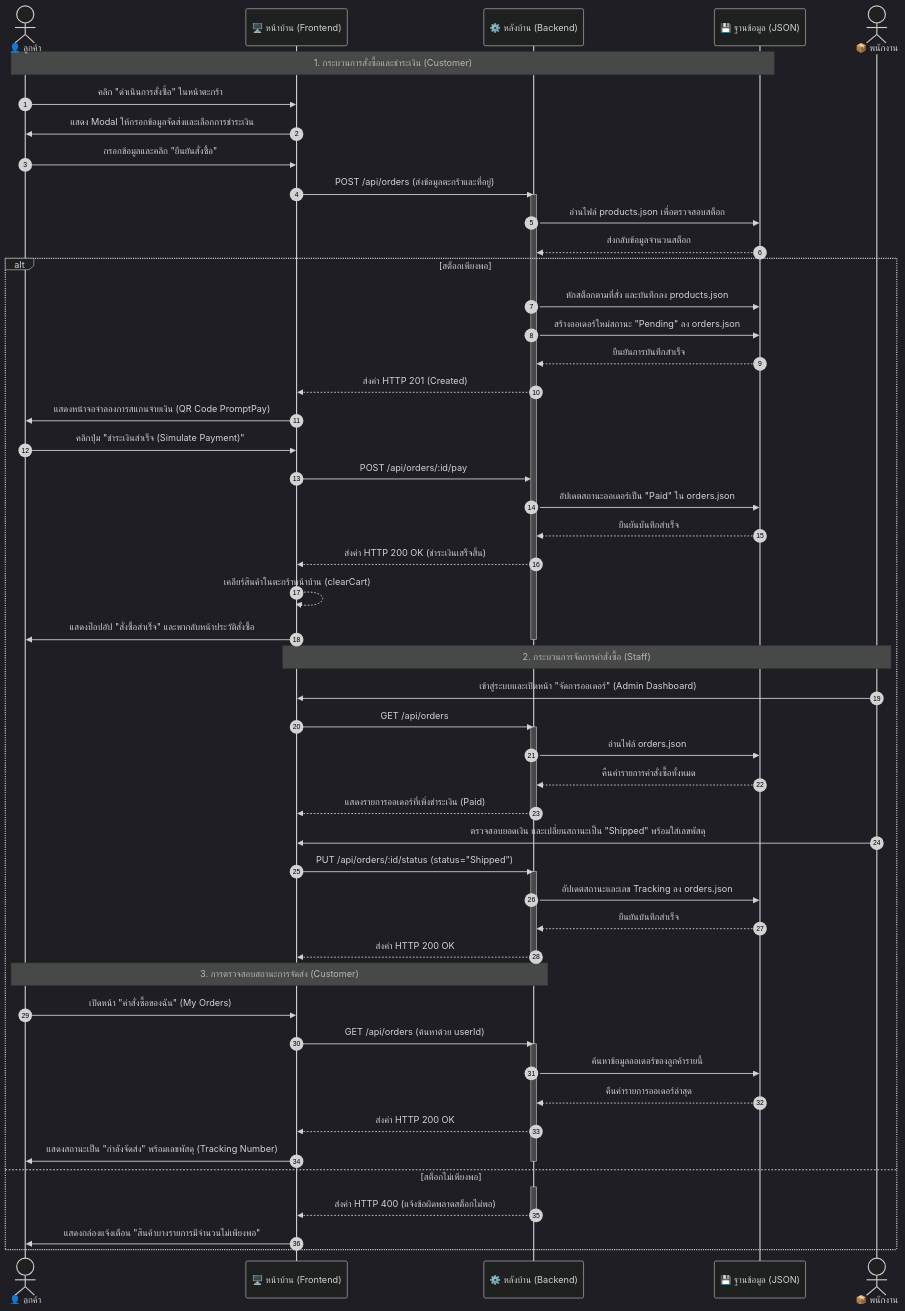
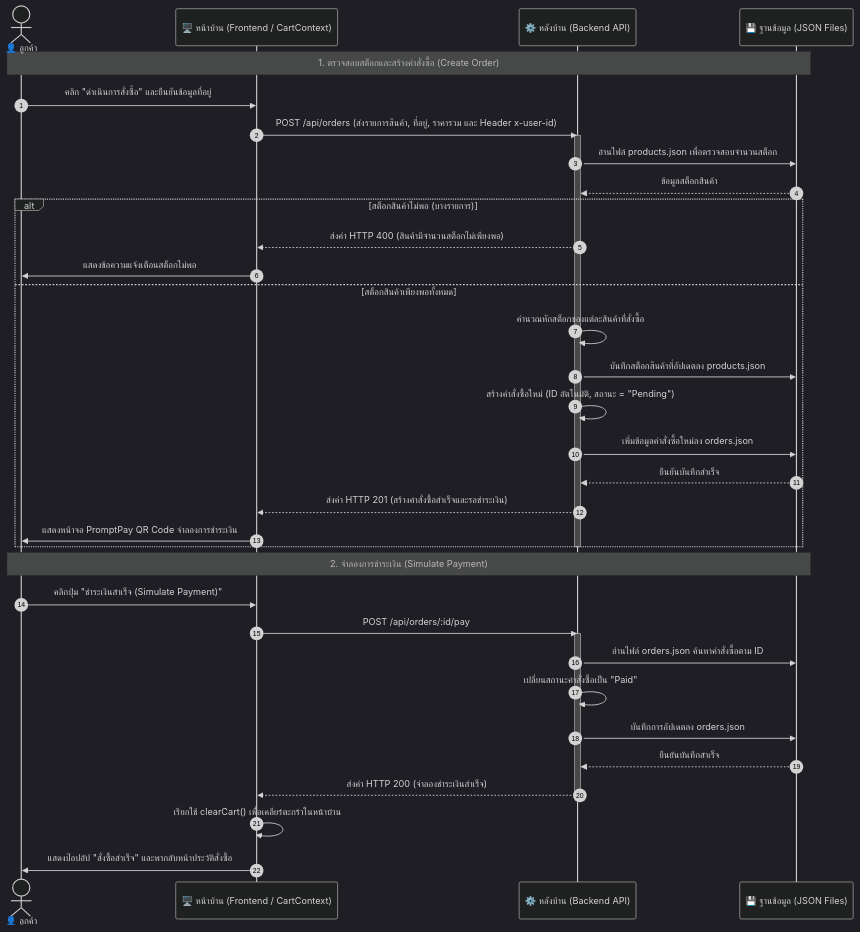
One commit to neoaway2909/fitpung changed the third of 7 diagrams in system_design.md. Above: the diagram before and after it, drawn with Mermaid (dark theme). The commit also changed other lines of this file, not shown here.

````diff
--- a/system_design.md
+++ b/system_design.md
@@ -168,68 +218,42 @@
 ```mermaid
 sequenceDiagram
   autonumber
   actor Customer as 👤 ลูกค้า
-  participant FE as 🖥️ หน้าบ้าน (Frontend)
-  participant BE as ⚙️ หลังบ้าน (Backend)
-  participant DB as 💾 ฐานข้อมูล (JSON)
-  actor Staff as 📦 พนักงาน
+  participant FE as 🖥️ หน้าบ้าน (Frontend / CartContext)
+  participant BE as ⚙️ หลังบ้าน (Backend API)
+  participant DB as 💾 ฐานข้อมูล (JSON Files)
 
-  Note over Customer, DB: 1. กระบวนการสั่งซื้อและชำระเงิน (Customer)
-  Customer->>FE: คลิก "ดำเนินการสั่งซื้อ" ในหน้าตะกร้า
-  FE->>Customer: แสดง Modal ให้กรอกข้อมูลจัดส่งและเลือกการชำระเงิน
-  Customer->>FE: กรอกข้อมูลและคลิก "ยืนยันสั่งซื้อ"
-  FE->>BE: POST /api/orders (ส่งข้อมูลตะกร้าและที่อยู่)
+  Note over Customer, DB: 1. ตรวจสอบสต็อกและสร้างคำสั่งซื้อ (Create Order)
+  Customer->>FE: คลิก "ดำเนินการสั่งซื้อ" และยืนยันข้อมูลที่อยู่
+  FE->>BE: POST /api/orders (ส่งรายการสินค้า, ที่อยู่, ราคารวม และ Header x-user-id)
   activate BE
-  BE->>DB: อ่านไฟล์ products.json เพื่อตรวจสอบสต็อก
-  DB-->>BE: ส่งกลับข้อมูลจำนวนสต็อก
+  BE->>DB: อ่านไฟล์ products.json เพื่อตรวจสอบจำนวนสต็อก
+  DB-->>BE: ข้อมูลสต็อกสินค้า
   
-  alt สต็อกเพียงพอ
-    BE->>DB: หักสต็อกตามที่สั่ง และบันทึกลง products.json
-    BE->>DB: สร้างออเดอร์ใหม่สถานะ "Pending" ลง orders.json
-    DB-->>BE: ยืนยันการบันทึกสำเร็จ
-    BE-->>FE: ส่งค่า HTTP 201 (Created)
-    FE->>Customer: แสดงหน้าจอจำลองการสแกนจ่ายเงิน (QR Code PromptPay)
-    
-    Customer->>FE: คลิกปุ่ม "ชำระเงินสำเร็จ (Simulate Payment)"
-    FE->>BE: POST /api/orders/:id/pay
-    BE->>DB: อัปเดตสถานะออเดอร์เป็น "Paid" ใน orders.json
+  alt สต็อกสินค้าไม่พอ (บางรายการ)
+    BE-->>FE: ส่งค่า HTTP 400 (สินค้ามีจำนวนสต็อกไม่เพียงพอ)
+    FE->>Customer: แสดงข้อความแจ้งเตือนสต็อกไม่พอ
+  else สต็อกสินค้าเพียงพอทั้งหมด
+    BE->>BE: คำนวณหักสต็อกของแต่ละสินค้าที่สั่งซื้อ
+    BE->>DB: บันทึกสต็อกสินค้าที่อัปเดตลง products.json
+    BE->>BE: สร้างคำสั่งซื้อใหม่ (ID อัตโนมัติ, สถานะ = "Pending")
+    BE->>DB: เพิ่มข้อมูลคำสั่งซื้อใหม่ลง orders.json
     DB-->>BE: ยืนยันบันทึกสำเร็จ
-    BE-->>FE: ส่งค่า HTTP 200 OK (ชำระเงินเสร็จสิ้น)
-    FE-->>FE: เคลียร์สินค้าในตะกร้าหน้าบ้าน (clearCart)
-    FE->>Customer: แสดงป๊อปอัป "สั่งซื้อสำเร็จ" และพากลับหน้าประวัติสั่งซื้อ
-    deactivate BE
+    BE-->>FE: ส่งค่า HTTP 201 (สร้างคำสั่งซื้อสำเร็จและรอชำระเงิน)
+    FE->>Customer: แสดงหน้าจอ PromptPay QR Code จำลองการชำระเงิน
+  end
+  deactivate BE
 
-    Note over FE, Staff: 2. กระบวนการจัดการคำสั่งซื้อ (Staff)
-    Staff->>FE: เข้าสู่ระบบและเปิดหน้า "จัดการออเดอร์" (Admin Dashboard)
-    FE->>BE: GET /api/orders
-    activate BE
-    BE->>DB: อ่านไฟล์ orders.json
-    DB-->>BE: คืนค่ารายการคำสั่งซื้อทั้งหมด
-    BE-->>FE: แสดงรายการออเดอร์ที่เพิ่งชำระเงิน (Paid)
-    deactivate BE
-    
-    Staff->>FE: ตรวจสอบยอดเงิน และเปลี่ยนสถานะเป็น "Shipped" พร้อมใส่เลขพัสดุ
-    FE->>BE: PUT /api/orders/:id/status (status="Shipped")
-    activate BE
-    BE->>DB: อัปเดตสถานะและเลข Tracking ลง orders.json
-    DB-->>BE: ยืนยันบันทึกสำเร็จ
-    BE-->>FE: ส่งค่า HTTP 200 OK
-    deactivate BE
-    
-    Note over Customer, BE: 3. การตรวจสอบสถานะการจัดส่ง (Customer)
-    Customer->>FE: เปิดหน้า "คำสั่งซื้อของฉัน" (My Orders)
-    FE->>BE: GET /api/orders (ค้นหาด้วย userId)
-    activate BE
-    BE->>DB: ค้นหาข้อมูลออเดอร์ของลูกค้ารายนี้
-    DB-->>BE: คืนค่ารายการออเดอร์ล่าสุด
-    BE-->>FE: ส่งค่า HTTP 200 OK
-    FE->>Customer: แสดงสถานะเป็น "กำลังจัดส่ง" พร้อมเลขพัสดุ (Tracking Number)
-    deactivate BE
-
-  else สต็อกไม่เพียงพอ
-    activate BE
-    BE-->>FE: ส่งค่า HTTP 400 (แจ้งข้อผิดพลาดสต็อกไม่พอ)
-    deactivate BE
-    FE->>Customer: แสดงกล่องแจ้งเตือน "สินค้าบางรายการมีจำนวนไม่เพียงพอ"
-  end
+  Note over Customer, DB: 2. จำลองการชำระเงิน (Simulate Payment)
+  Customer->>FE: คลิกปุ่ม "ชำระเงินสำเร็จ (Simulate Payment)"
+  FE->>BE: POST /api/orders/:id/pay
+  activate BE
+  BE->>DB: อ่านไฟล์ orders.json ค้นหาคำสั่งซื้อตาม ID
+  BE->>BE: เปลี่ยนสถานะคำสั่งซื้อเป็น "Paid"
+  BE->>DB: บันทึกการอัปเดตลง orders.json
+  DB-->>BE: ยืนยันบันทึกสำเร็จ
+  BE-->>FE: ส่งค่า HTTP 200 (จำลองชำระเงินสำเร็จ)
+  deactivate BE
+  FE->>FE: เรียกใช้ clearCart() เพื่อเคลียร์ตะกร้าในหน้าบ้าน
+  FE->>Customer: แสดงป๊อปอัป "สั่งซื้อสำเร็จ" และพากลับหน้าประวัติสั่งซื้อ
 ```
````
